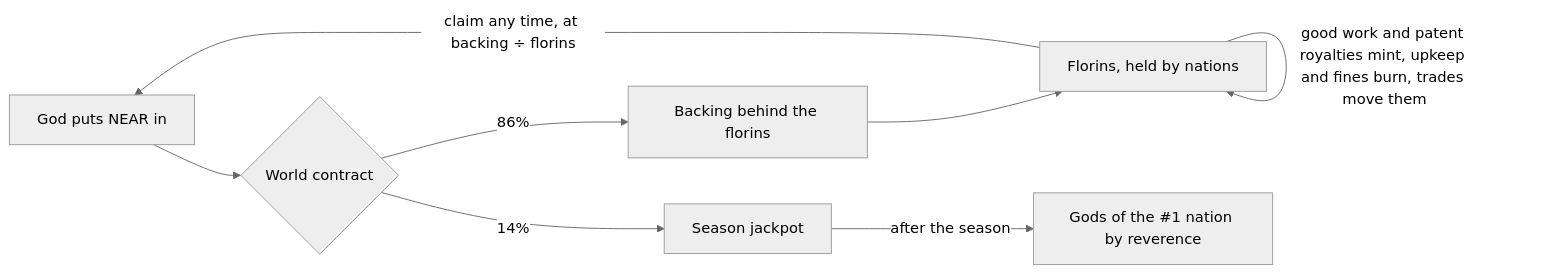
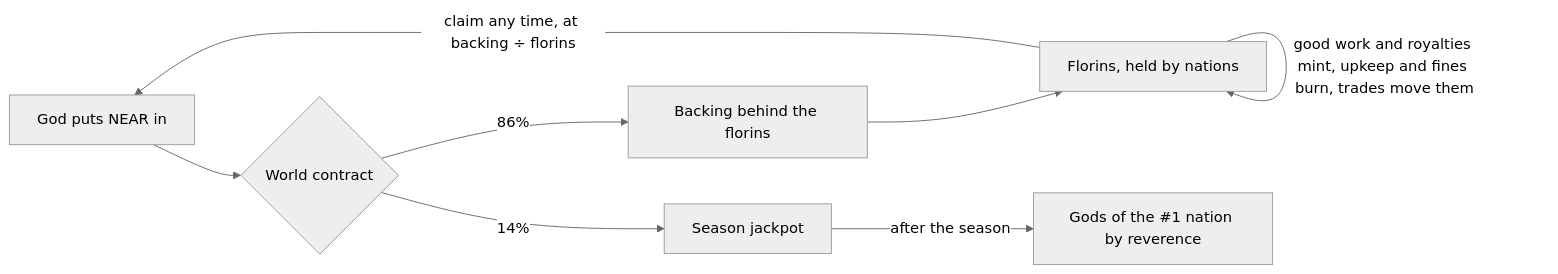
One commit to cnpierrepapi/adfontes changed the first of 2 diagrams in README.md. Above: the diagram before and after it, drawn with Mermaid (neutral theme). The commit also changed other lines of this file, not shown here.

````diff
--- a/README.md
+++ b/README.md
@@ -162,10 +131,10 @@
 ```mermaid
 flowchart LR
   G[God puts NEAR in] --> C{World contract}
   C -->|86%| B[Backing behind the florins]
   C -->|14%| J[Season jackpot]
   B --> F[Florins, held by nations]
-  F -->|good work and patent royalties mint, upkeep and fines burn, trades move them| F
+  F -->|good work and royalties mint, upkeep and fines burn, trades move them| F
   F -->|claim any time, at backing ÷ florins| G
   J -->|after the season| W[Gods of the #1 nation by reverence]
 ```
````
